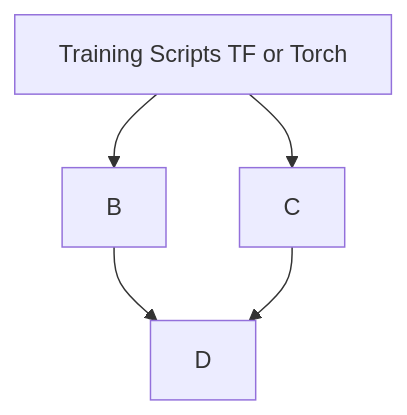
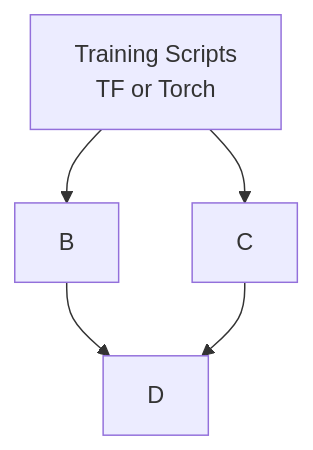
One commit to nuEGil/NotesOnTextTasks changed the diagram in ReadMe.md. Above: the diagram before and after it, drawn with Mermaid.

````diff
--- a/ReadMe.md
+++ b/ReadMe.md
@@ -41,7 +41,7 @@
 ```mermaid
 graph TD;
-    A[Training Scripts TF or Torch]-->B;
+    A[Training Scripts <br/>TF or Torch]-->B;
     A-->C;
     B-->D;
     C-->D;
 ```
````
